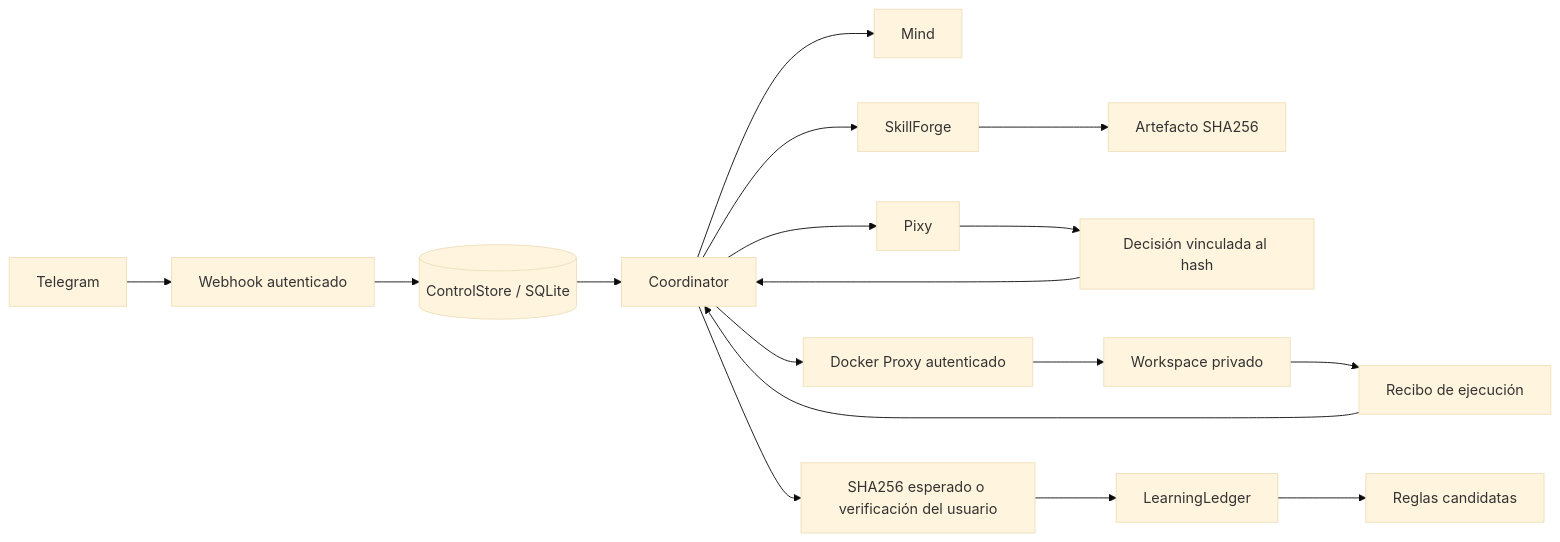
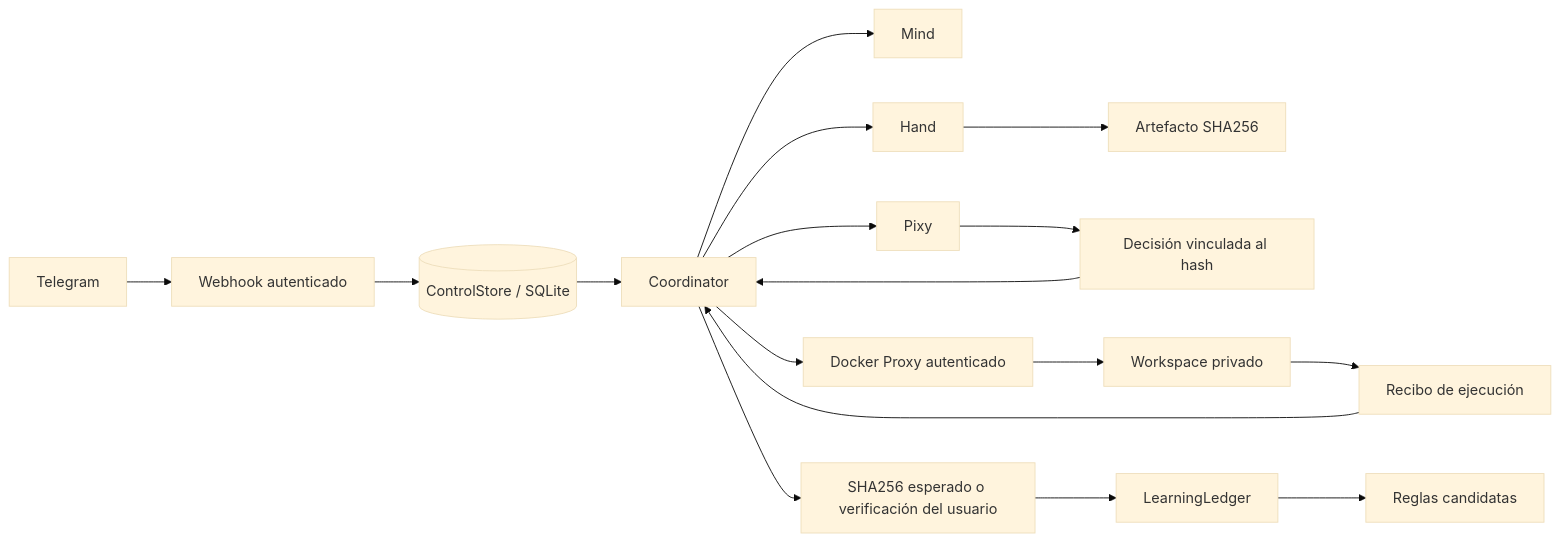
Before and after one commit to carlosperalesa/Khai: the diagram in docs/ARCHITECTURE.md, drawn with Mermaid (base theme). The commit also changed 5 other files, not shown here.

Commit message:
refactor: unify skill generation into Hand organ and update architecture documentation

````diff
--- a/docs/ARCHITECTURE.md
+++ b/docs/ARCHITECTURE.md
@@ -7,19 +7,19 @@
 ```mermaid
 flowchart LR
     Telegram --> Ingress[Webhook autenticado]
     Ingress --> Store[(ControlStore / SQLite)]
     Store --> Coordinator
     Coordinator --> Mind
-    Coordinator --> SkillForge
-    SkillForge --> Artifact[Artefacto SHA256]
+    Coordinator --> Hand
+    Hand --> Artifact[Artefacto SHA256]
     Coordinator --> Pixy
     Pixy --> Review[Decisión vinculada al hash]
     Review --> Coordinator
     Coordinator --> Proxy[Docker Proxy autenticado]
     Proxy --> Worker[Workspace privado]
     Worker --> Receipt[Recibo de ejecución]
     Receipt --> Coordinator
     Coordinator --> Verifier[SHA256 esperado o verificación del usuario]
     Verifier --> Ledger[LearningLedger]
     Ledger --> Candidates[Reglas candidatas]
 ```
````
